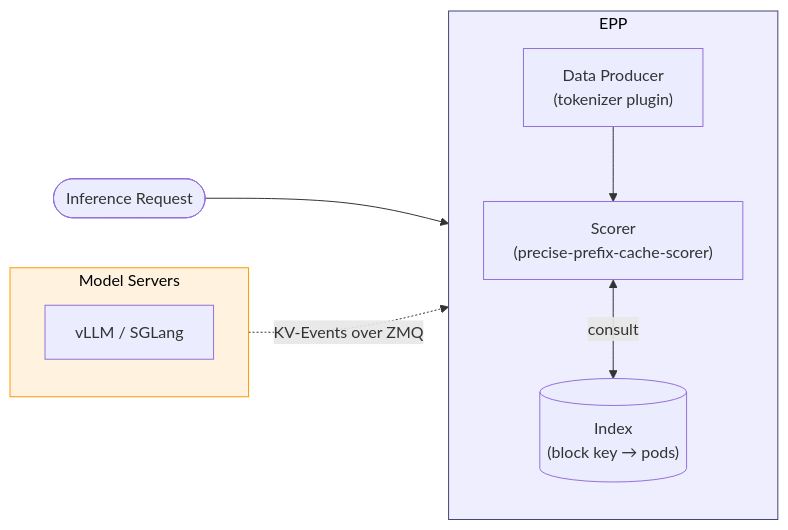
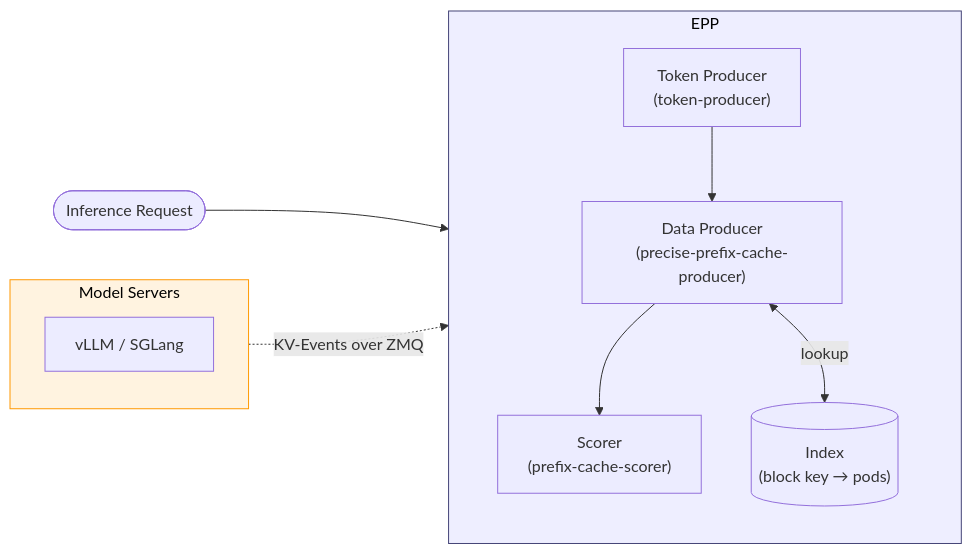
Before and after one commit to llm-d/llm-d: the diagram in docs/architecture/advanced/kv-management/kv-indexer.md, drawn with Mermaid. The commit also changed other lines of this file and 15 other files, not shown here.

````diff
--- a/docs/architecture/advanced/kv-management/kv-indexer.md
+++ b/docs/architecture/advanced/kv-management/kv-indexer.md
@@ -31,23 +32,25 @@
 ```mermaid
 flowchart LR
-    Req([Inference Request]) --> DP
+    Req([Inference Request]) --> TP
 
     subgraph EPP["EPP"]
         direction TB
-        DP["Data Producer<br/>(tokenizer plugin)"]
-        Scorer["Scorer<br/>(precise-prefix-cache-scorer)"]
+        TP["Token Producer<br/>(token-producer)"]
+        DP["Data Producer<br/>(precise-prefix-cache-producer)"]
+        Scorer["Scorer<br/>(prefix-cache-scorer)"]
         Index[("Index<br/>(block key → pods)")]
+        TP --> DP
         DP --> Scorer
-        Scorer <-->|consult| Index
+        DP <-->|lookup| Index
     end
 
     subgraph MS["Model Servers"]
         direction TB
         vllm["vLLM / SGLang"]
     end
 
     MS -.KV-Events over ZMQ.-> Index
 
     style EPP fill:#eef,stroke:#447,color:#000
     style MS fill:#fff3e0,stroke:#ff9800,color:#000
 ```
````
